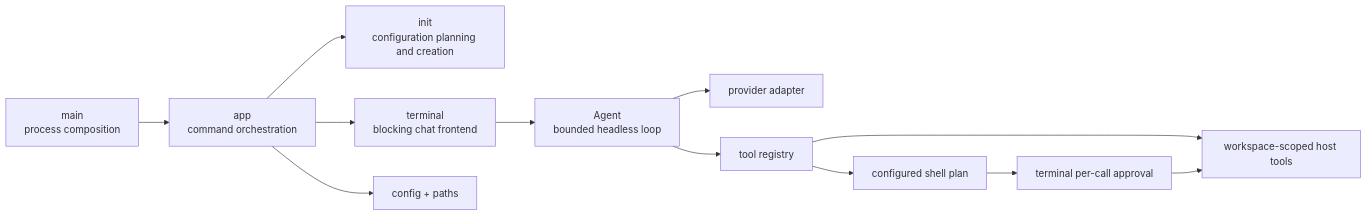
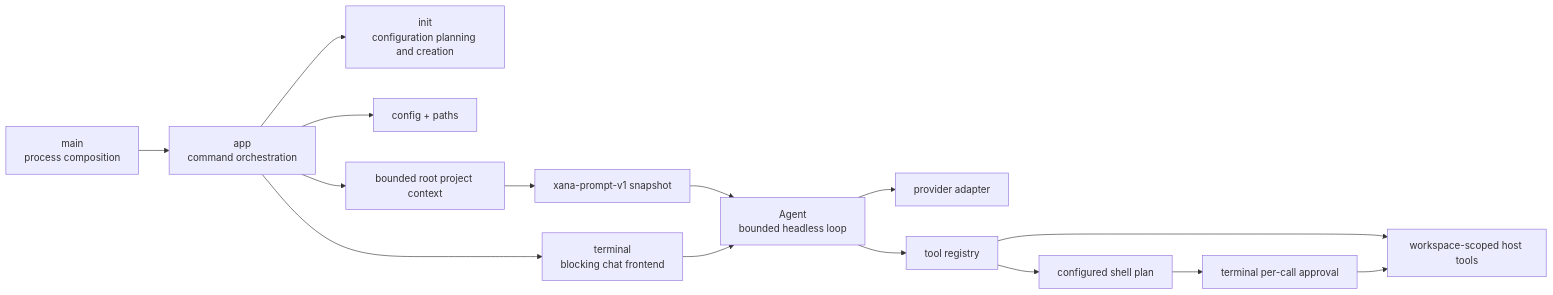
One commit to labcoder/xana changed the diagram in docs/architecture/README.md. Above: the diagram before and after it, drawn with Mermaid. The commit also changed other lines of this file and 24 other files, not shown here.

Commit message:
feat(prompt): assemble versioned budgeted context

````diff
--- a/docs/architecture/README.md
+++ b/docs/architecture/README.md
@@ -17,14 +17,17 @@
 ```mermaid
 flowchart LR
     MAIN["main<br/>process composition"] --> APP["app<br/>command orchestration"]
     APP --> INIT["init<br/>configuration planning and creation"]
     APP --> TERMINAL["terminal<br/>blocking chat frontend"]
     APP --> CONFIG["config + paths"]
+    APP --> CONTEXT["bounded root project context"]
+    CONTEXT --> PROMPT["xana-prompt-v1 snapshot"]
+    PROMPT --> AGENT
     TERMINAL --> AGENT["Agent<br/>bounded headless loop"]
     AGENT --> PROVIDER["provider adapter"]
     AGENT --> TOOLS["tool registry"]
     TOOLS --> HOST["workspace-scoped host tools"]
     TOOLS --> SHELL["configured shell plan"]
     SHELL --> APPROVAL["terminal per-call approval"]
     APPROVAL --> HOST
 ```
````
